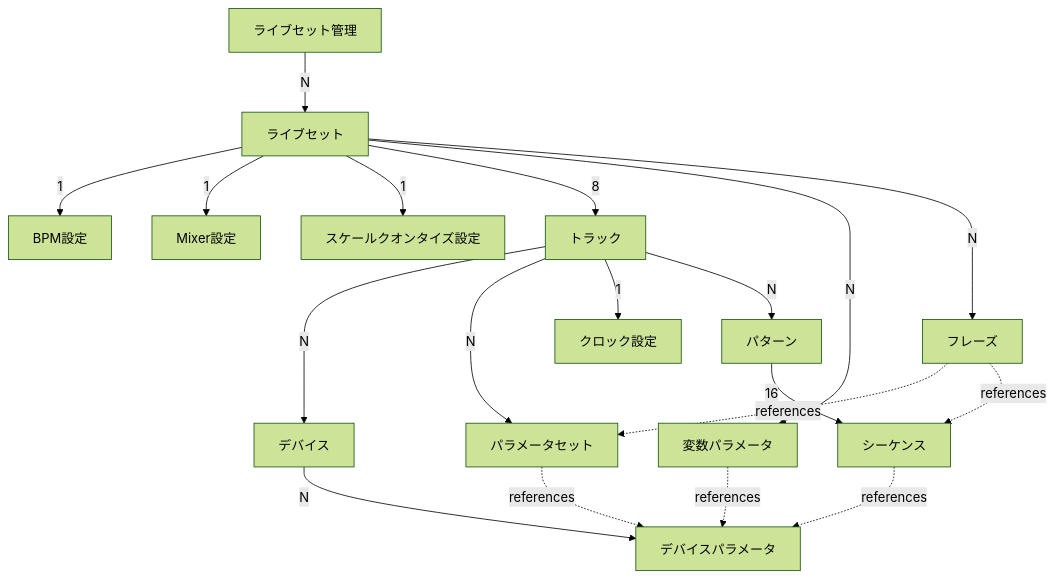
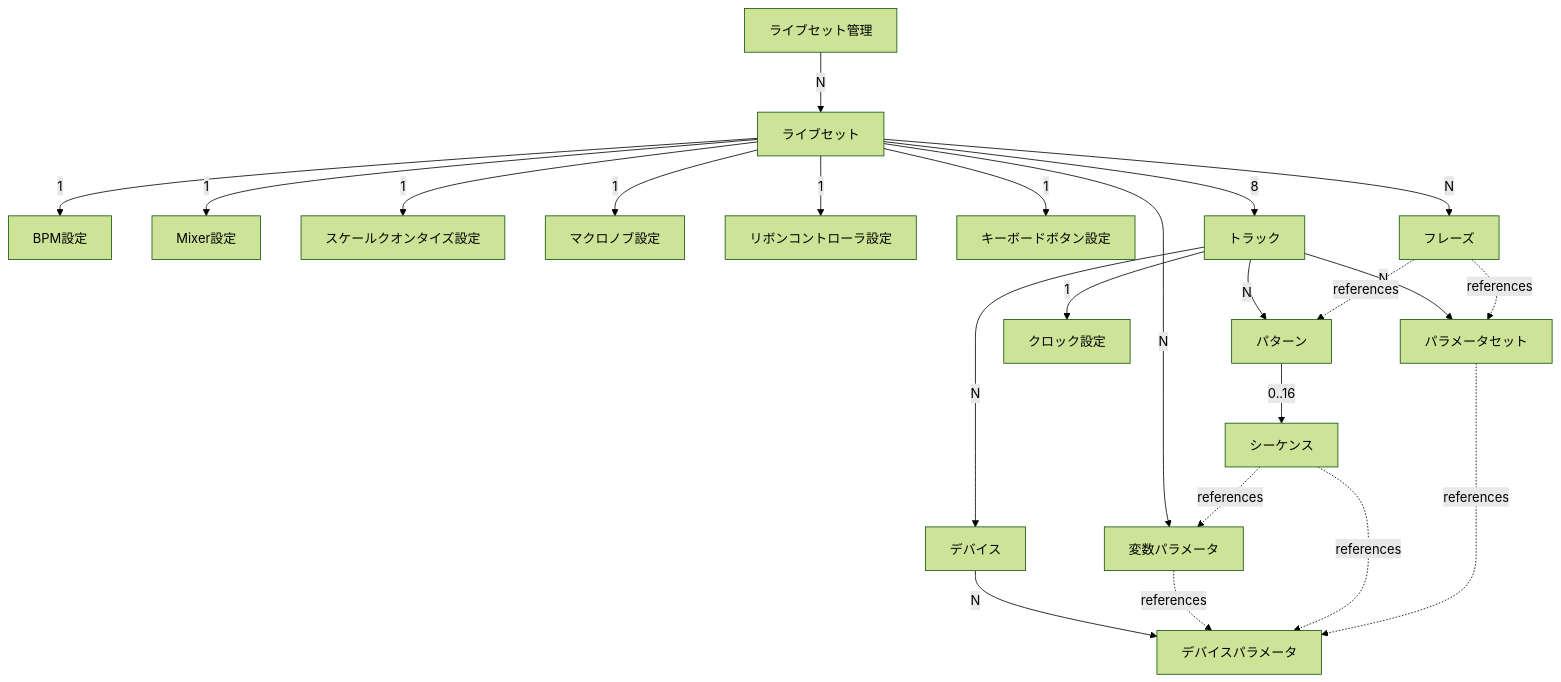
One commit to centrevillage/igb_spec changed the second of 3 diagrams in devices/igb01/IGB01_spec.md. Above: the diagram before and after it, drawn with Mermaid (forest theme). The commit also changed other lines of this file, not shown here.

````diff
--- a/devices/igb01/IGB01_spec.md
+++ b/devices/igb01/IGB01_spec.md
@@ -41,21 +53,25 @@
 ```mermaid
 flowchart TB
   LiveSetMng["ライブセット管理"] -- "N" --> LiveSet["ライブセット"]
   LiveSet -- "1" --> BpmConf["BPM設定"]
   LiveSet -- "1" --> MixerConf["Mixer設定"]
   LiveSet -- "1" --> ScaleQuantizer["スケールクオンタイズ設定"]
+  LiveSet -- "1" --> MacroKnob["マクロノブ設定"]
+  LiveSet -- "1" --> RibbonController["リボンコントローラ設定"]
+  LiveSet -- "1" --> KeyboardBtn["キーボードボタン設定"]
   LiveSet -- "8" --> Track["トラック"]
   Track -- "N" --> Device["デバイス"]
   Device -- "N" --> Parameter["デバイスパラメータ"]
   Track -- "N" --> ParameterSet["パラメータセット"]
   Track -- "1" --> ClockDivMult["クロック設定"] 
   Track -- "N" --> Pattern["パターン"]
-  Pattern -- "16" --> Sequence["シーケンス"]
+  Pattern -- "0..16" --> Sequence["シーケンス"]
   LiveSet -- "N" --> Variable["変数パラメータ"]
   Variable -. "references" .-> Parameter
   LiveSet -- "N" --> Phrase["フレーズ"]
   Sequence -. "references" .-> Parameter
+  Sequence -. "references" .-> Variable
   ParameterSet -. "references" .-> Parameter
   Phrase -. "references" .-> ParameterSet
-  Phrase -. "references" .-> Sequence
+  Phrase -. "references" .-> Pattern
 ```
````
